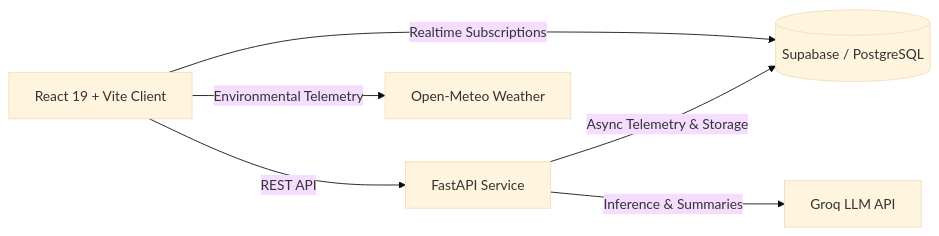
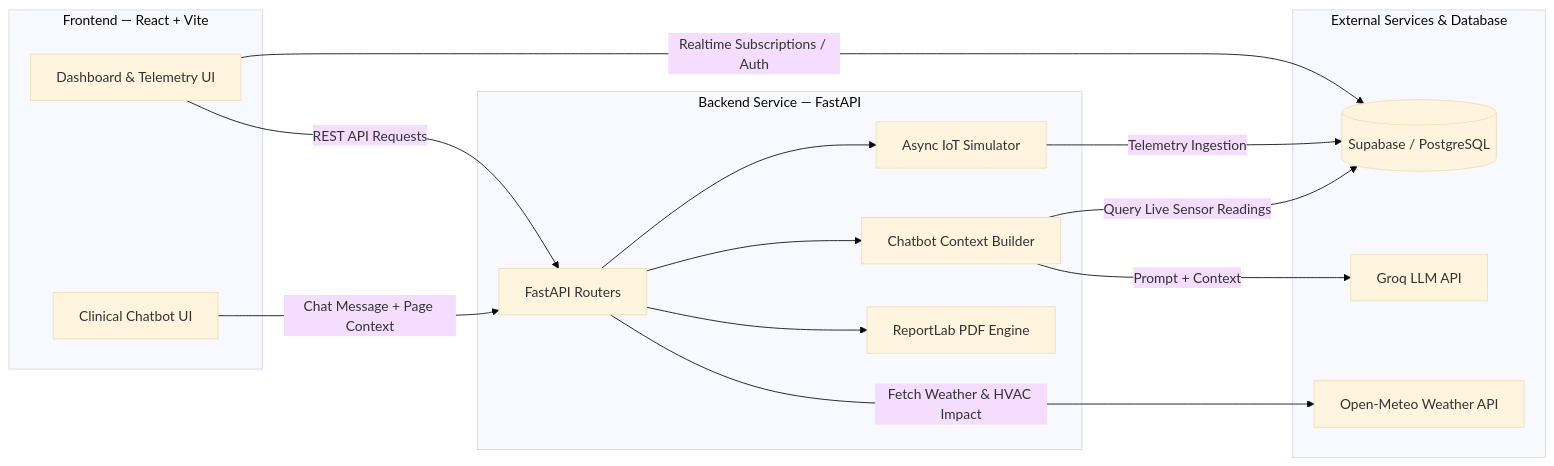
One commit to spoortibiradar8/Clinergy changed the diagram in README.md. Above: the diagram before and after it, drawn with Mermaid (base theme). The commit also changed other lines of this file, not shown here.

````diff
--- a/README.md
+++ b/README.md
@@ -51,8 +56,31 @@
 ```mermaid
 flowchart LR
-    A[React 19 + Vite Client] -->|Realtime Subscriptions| B[(Supabase / PostgreSQL)]
-    A -->|REST API| C[FastAPI Service]
-    C -->|Async Telemetry & Storage| B
-    C -->|Inference & Summaries| D[Groq LLM API]
-    A -->|Environmental Telemetry| E[Open-Meteo Weather]
+    subgraph Client [Frontend — React + Vite]
+        UI[Dashboard & Telemetry UI]
+        ChatUI[Clinical Chatbot UI]
+    end
+
+    subgraph Backend [Backend Service — FastAPI]
+        API[FastAPI Routers]
+        Sim[Async IoT Simulator]
+        ChatSvc[Chatbot Context Builder]
+        PDF[ReportLab PDF Engine]
+    end
+
+    subgraph External [External Services & Database]
+        DB[(Supabase / PostgreSQL)]
+        Groq[Groq LLM API]
+        Weather[Open-Meteo Weather API]
+    end
+
+    UI -->|Realtime Subscriptions / Auth| DB
+    UI -->|REST API Requests| API
+    ChatUI -->|Chat Message + Page Context| API
+    API --> Sim
+    Sim -->|Telemetry Ingestion| DB
+    API --> ChatSvc
+    ChatSvc -->|Query Live Sensor Readings| DB
+    ChatSvc -->|Prompt + Context| Groq
+    API -->|Fetch Weather & HVAC Impact| Weather
+    API --> PDF
 ```
````
